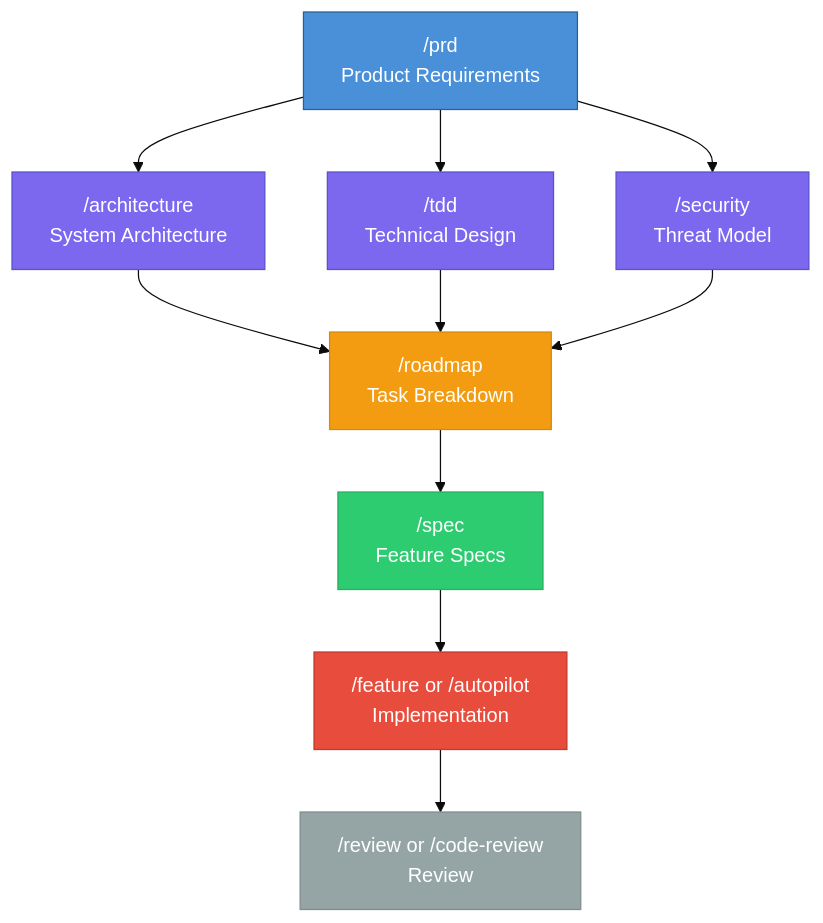
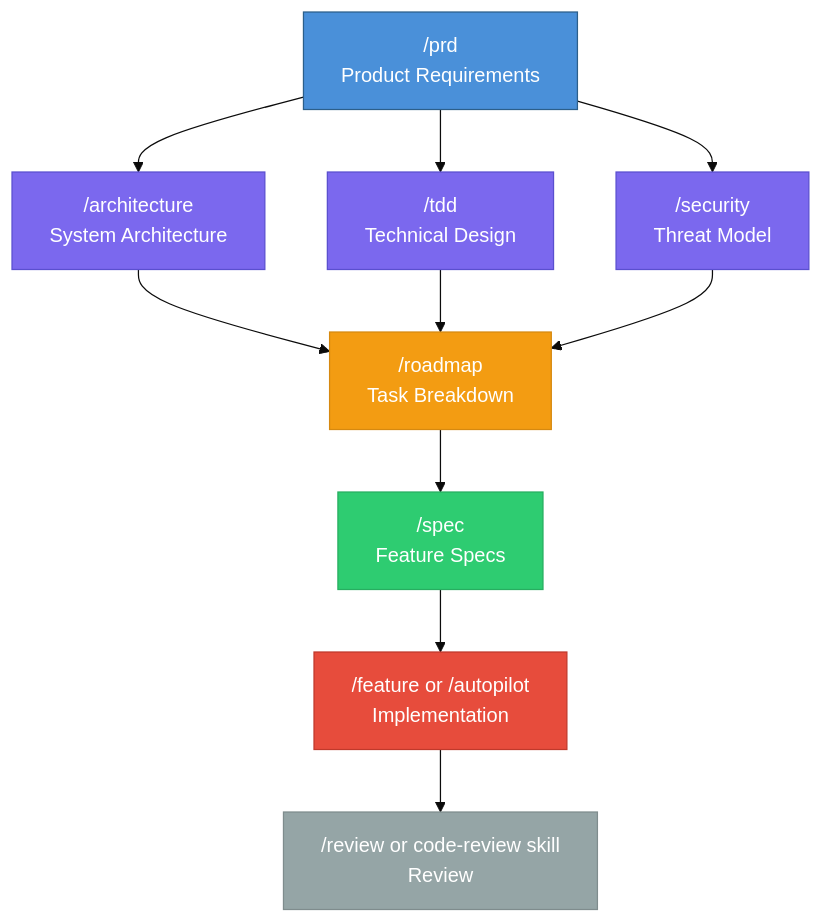
Before and after one commit to 0xrafasec/ai-workflow: the first of 7 diagrams in docs/spec-driven-development.md, drawn with Mermaid (base theme). The commit also changed other lines of this file and 41 other files, not shown here.

First line of the commit message:
refactor(code-review): deprecate custom skill in favor of Anthropic's code-review

````diff
--- a/docs/spec-driven-development.md
+++ b/docs/spec-driven-development.md
@@ -21,30 +21,30 @@
 ```mermaid
 graph TD
     PRD["/prd<br/>Product Requirements"]
     ARCH["/architecture<br/>System Architecture"]
     TDD["/tdd<br/>Technical Design"]
     SEC["/security<br/>Threat Model"]
     SPEC["/spec<br/>Feature Specs"]
     ROAD["/roadmap<br/>Task Breakdown"]
     IMPL["/feature or /autopilot<br/>Implementation"]
-    REV["/review or /code-review<br/>Review"]
+    REV["/review or code-review skill<br/>Review"]
 
     PRD --> ARCH
     PRD --> TDD
     PRD --> SEC
     ARCH --> ROAD
     TDD --> ROAD
     SEC --> ROAD
     ROAD --> SPEC
     SPEC --> IMPL
     IMPL --> REV
 
     style PRD fill:#4a90d9,stroke:#2c5f8a,color:#fff
     style ARCH fill:#7b68ee,stroke:#5a4fcf,color:#fff
     style TDD fill:#7b68ee,stroke:#5a4fcf,color:#fff
     style SEC fill:#7b68ee,stroke:#5a4fcf,color:#fff
     style SPEC fill:#2ecc71,stroke:#27ae60,color:#fff
     style ROAD fill:#f39c12,stroke:#d68910,color:#fff
     style IMPL fill:#e74c3c,stroke:#c0392b,color:#fff
     style REV fill:#95a5a6,stroke:#7f8c8d,color:#fff
 ```
````
